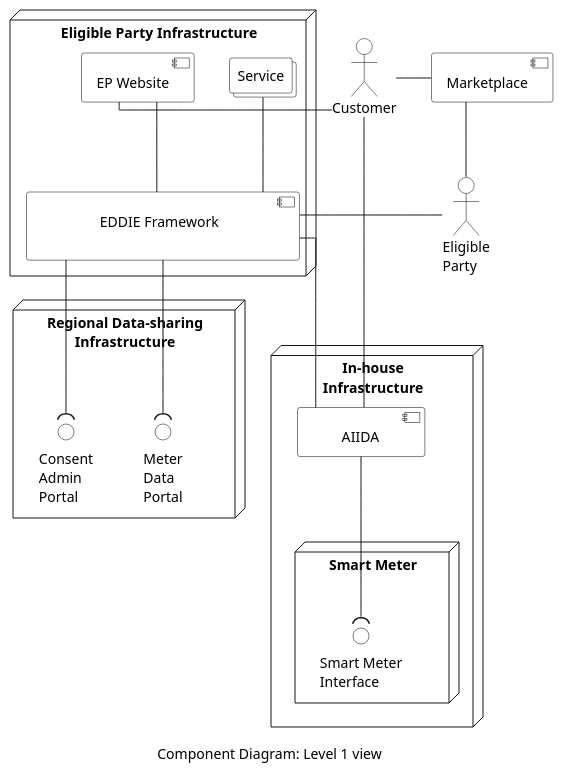
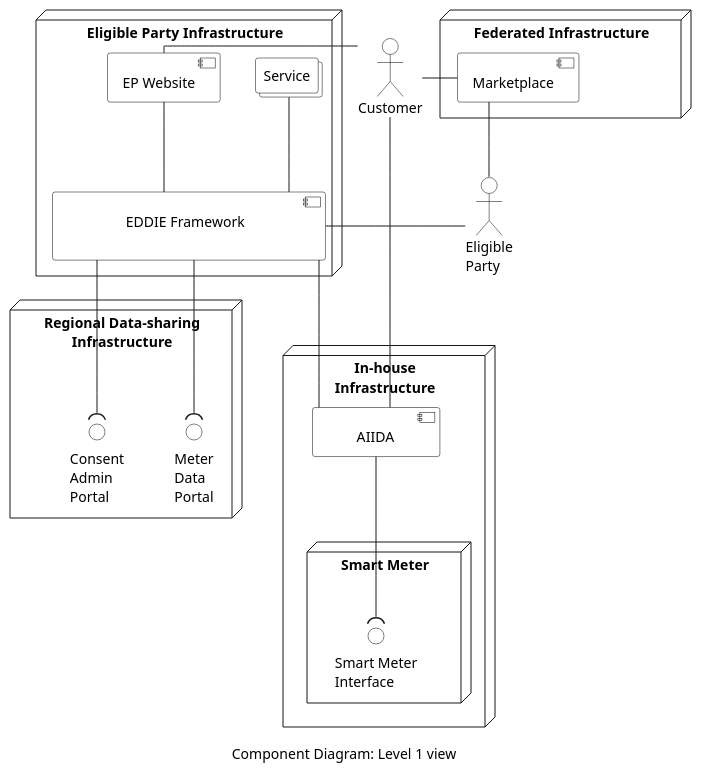
One commit to eddie-energy/architecture changed the diagram in arc42/05-building-block-view/figures/component-diagram-level-1.puml. Above: the diagram before and after it, drawn with PlantUML. The commit also changed 20 other files, not shown here.

```diff
--- a/arc42/05-building-block-view/figures/component-diagram-level-1.puml
+++ b/arc42/05-building-block-view/figures/component-diagram-level-1.puml
@@ -1,73 +1,75 @@
 @startuml component-diagram-level-1
 'component diagram
 caption Component Diagram: Level 1 view
 
 skinparam linetype ortho
 skinparam interface {
   backgroundColor transparent
   borderColor black
 }
 skinparam component{
   BorderColor black
   BackgroundColor transparent
 }
 skinparam actor{
   BorderColor black
   BackgroundColor transparent
 }
 skinparam database{
   BorderColor black
   BackgroundColor transparent
 }
 skinparam rectangle{
   BorderColor transparent
   BackgroundColor transparent
   FontColor transparent
 }
 skinparam collections{
   BorderColor black
   BackgroundColor white
 }
 
 
 
 node "Eligible Party Infrastructure"  as epInfra{
   component "\t\tEDDIE Framework\t\t\n" as eddie
   component "EP Website" as ui
   collections "Service" as service
 
   ui -down- eddie
   ui -[hidden]right- service
   service -down- eddie
 }
 
 node "In-house\nInfrastructure" {
   component "\tAIIDA\t" as aiida
   node "Smart Meter" as meter {
       interface "Smart Meter\nInterface" as p1
   }
   aiida -down-( p1 
 }
 
 node "Regional Data-sharing\nInfrastructure" as energyProvider {
   interface "Meter\nData\nPortal" as dataPortal
   interface "Consent\nAdmin\nPortal" as adminPortal
 }
 
 actor "Customer" as consumer
 actor "Eligible\nParty" as ep
 
-component "Marketplace" as marketplace
+node "Federated Infrastructure"   as marketplaceNode {
+  component "Marketplace" as marketplace
+}
+
+consumer -right- marketplace
+marketplace -down- ep
 
 ep -left- eddie
 consumer -left- ui
 consumer -down- aiida
 
 eddie -down-( adminPortal
 eddie -down-( dataPortal
 eddie -down- aiida
 
-consumer -right- marketplace
-marketplace -down- ep
-
 @enduml
```
